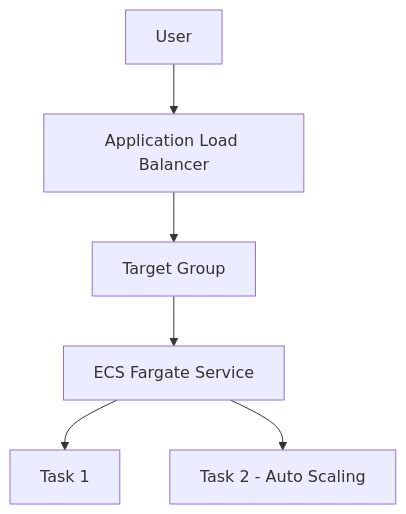
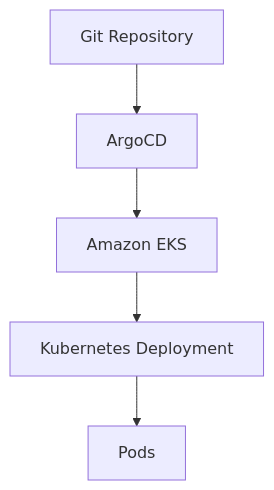
Before and after one commit to wandytorres/aws-cloud-journey: the first of 3 diagrams in README.md, drawn with Mermaid. The commit also changed other lines of this file, not shown here.

````diff
--- a/README.md
+++ b/README.md
@@ -11,8 +11,7 @@
 ```mermaid
 flowchart TD
-    A[User] --> B[Application Load Balancer]
-    B --> C[Target Group]
-    C --> D[ECS Fargate Service]
-    D --> E[Task 1]
-    D --> F[Task 2 - Auto Scaling]
+    A[Git Repository] --> B[ArgoCD]
+    B --> C[Amazon EKS]
+    C --> D[Kubernetes Deployment]
+    D --> E[Pods]
 ```
````
